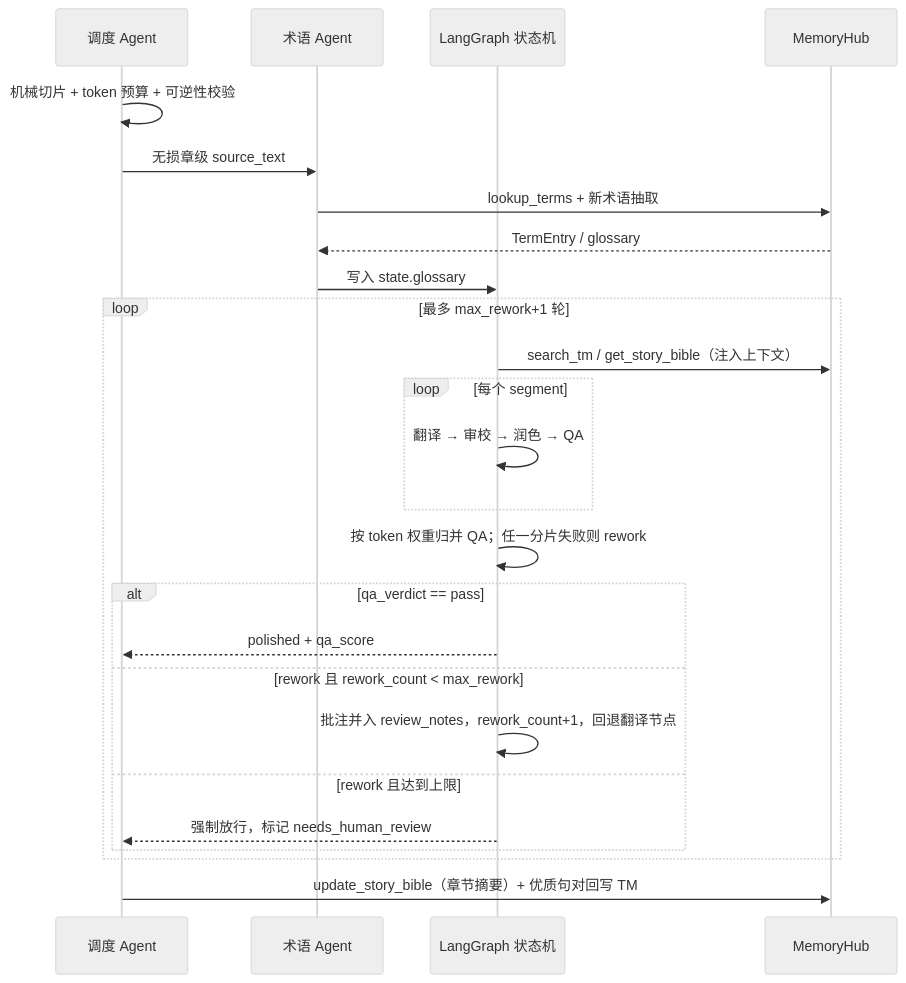
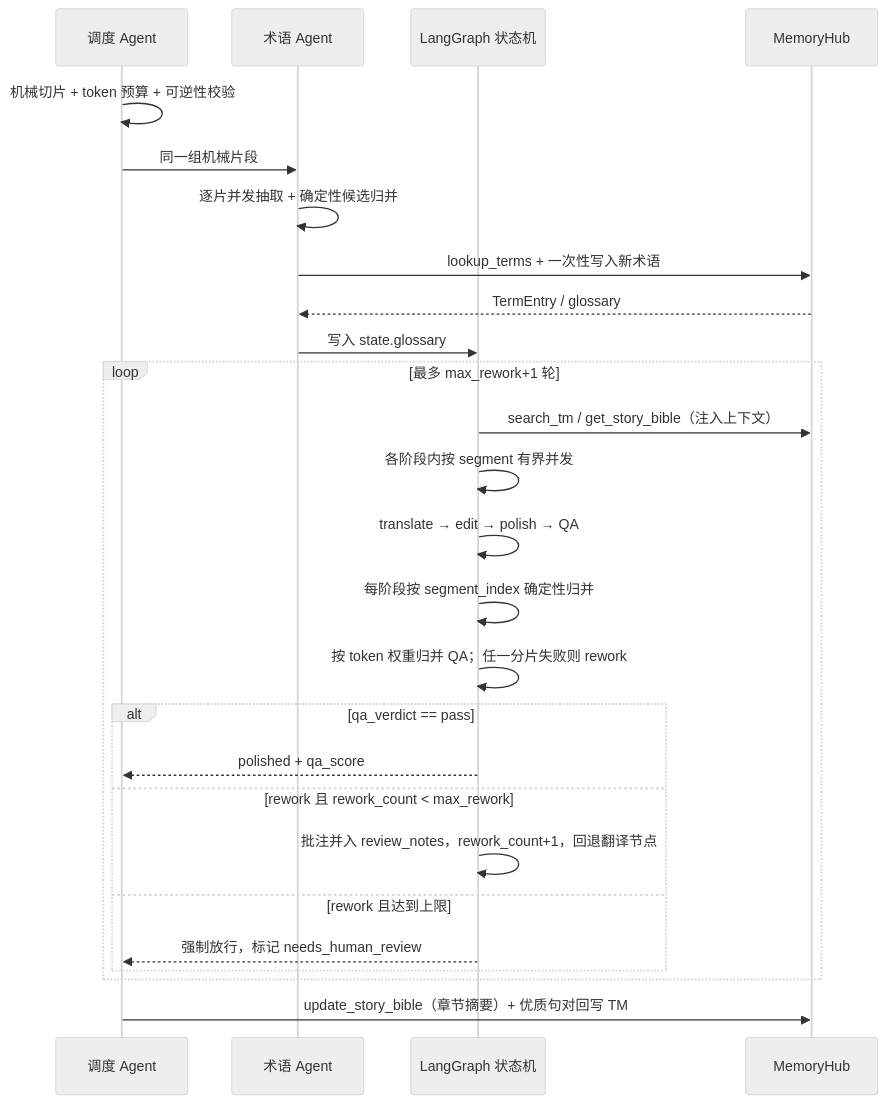
The second of 3 diagrams in docs/architecture.md (Ryan7RWZ/MultiAgent-Novel-Translation), drawn with Mermaid (neutral theme) before and after one commit. The commit also changed other lines of this file and 28 other files, not shown here.

````diff
--- a/docs/architecture.md
+++ b/docs/architecture.md
@@ -110,28 +115,29 @@
 ```mermaid
 sequenceDiagram
     participant O as 调度 Agent
     participant G as 术语 Agent
     participant S as LangGraph 状态机
     participant M as MemoryHub
 
     O->>O: 机械切片 + token 预算 + 可逆性校验
-    O->>G: 无损章级 source_text
-    G->>M: lookup_terms + 新术语抽取
+    O->>G: 同一组机械片段
+    G->>G: 逐片并发抽取 + 确定性候选归并
+    G->>M: lookup_terms + 一次性写入新术语
     M-->>G: TermEntry / glossary
     G->>S: 写入 state.glossary
     loop 最多 max_rework+1 轮
         S->>M: search_tm / get_story_bible（注入上下文）
-        loop 每个 segment
-            S->>S: 翻译 → 审校 → 润色 → QA
-        end
+        S->>S: 各阶段内按 segment 有界并发
+        S->>S: translate → edit → polish → QA
+        S->>S: 每阶段按 segment_index 确定性归并
         S->>S: 按 token 权重归并 QA；任一分片失败则 rework
         alt qa_verdict == pass
             S-->>O: polished + qa_score
         else rework 且 rework_count < max_rework
             S->>S: 批注并入 review_notes，rework_count+1，回退翻译节点
         else rework 且达到上限
             S-->>O: 强制放行，标记 needs_human_review
         end
     end
     O->>M: update_story_bible（章节摘要）+ 优质句对回写 TM
 ```
````
